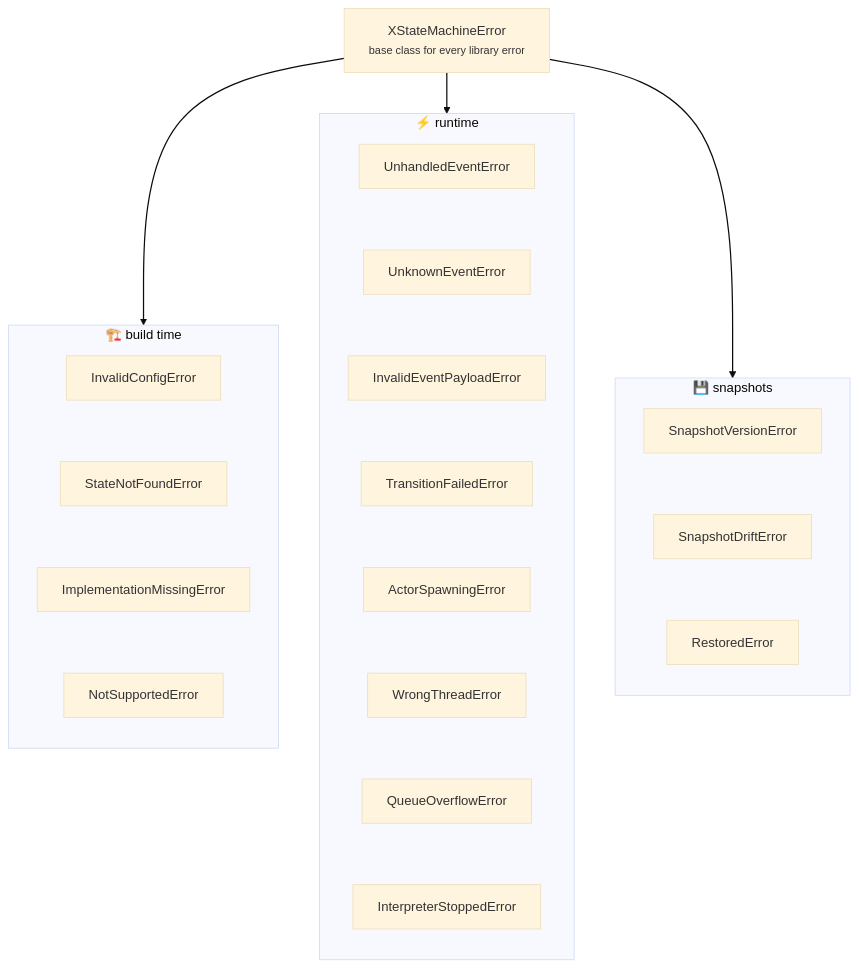
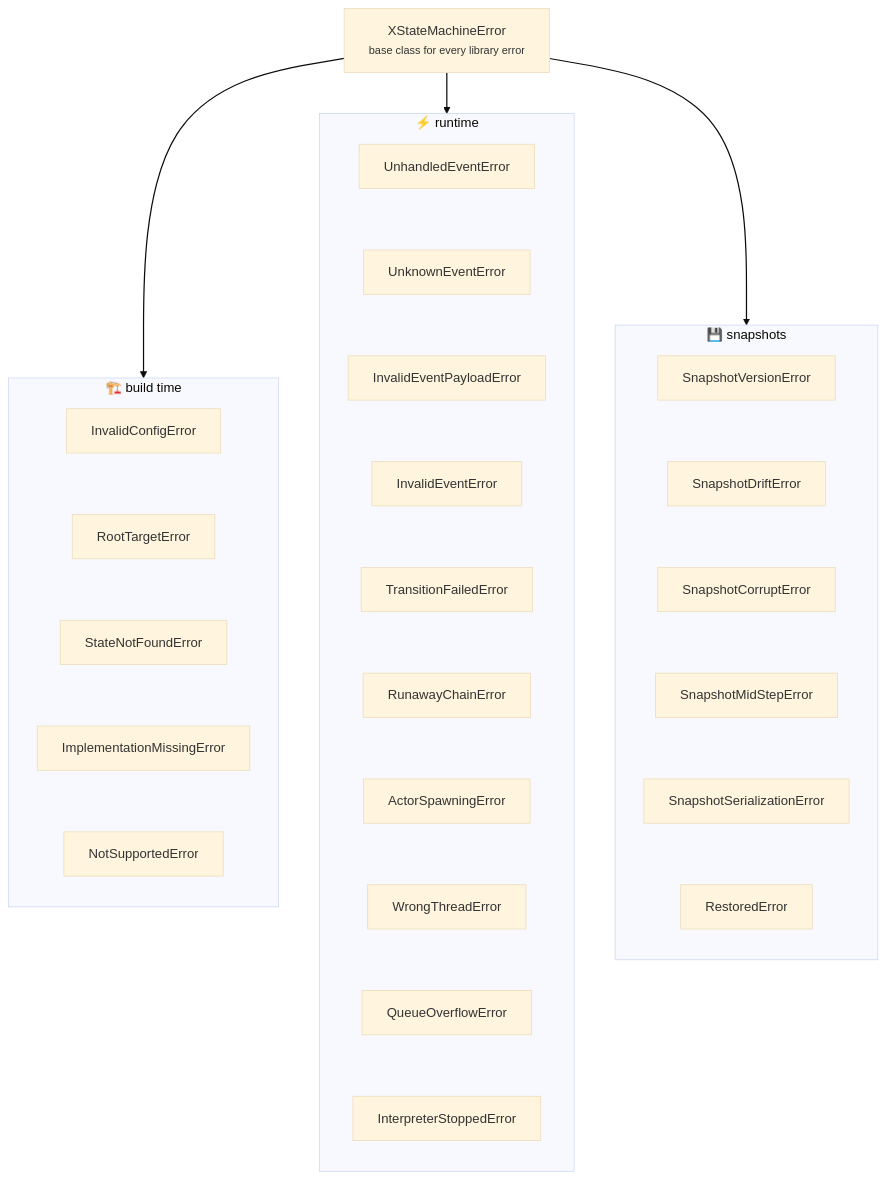
The diagram in docs/_guide/troubleshooting.md (basiltt/xstate-statemachine), drawn with Mermaid (base theme) before and after one commit. The commit also changed other lines of this file and 14 other files, not shown here.

````diff
--- a/docs/_guide/troubleshooting.md
+++ b/docs/_guide/troubleshooting.md
@@ -14,20 +14,22 @@
 ```mermaid
 flowchart TB
     root["XStateMachineError<br/><small>base class for every library error</small>"]
     root --> build & run & snap
     subgraph build["🏗️ build time"]
         direction TB
-        InvalidConfigError --- StateNotFoundError --- ImplementationMissingError --- NotSupportedError
+        InvalidConfigError --- RootTargetError --- StateNotFoundError --- ImplementationMissingError --- NotSupportedError
     end
     subgraph run["⚡ runtime"]
         direction TB
-        UnhandledEventError --- UnknownEventError --- InvalidEventPayloadError --- TransitionFailedError
-        TransitionFailedError --- ActorSpawningError --- WrongThreadError --- QueueOverflowError --- InterpreterStoppedError
+        UnhandledEventError --- UnknownEventError --- InvalidEventPayloadError --- InvalidEventError
+        InvalidEventError --- TransitionFailedError --- RunawayChainError --- ActorSpawningError
+        ActorSpawningError --- WrongThreadError --- QueueOverflowError --- InterpreterStoppedError
     end
     subgraph snap["💾 snapshots"]
         direction TB
-        SnapshotVersionError --- SnapshotDriftError --- RestoredError
+        SnapshotVersionError --- SnapshotDriftError --- SnapshotCorruptError
+        SnapshotCorruptError --- SnapshotMidStepError --- SnapshotSerializationError --- RestoredError
     end
     linkStyle default stroke-width:0px
     linkStyle 0,1,2 stroke-width:1.5px
 ```
````
